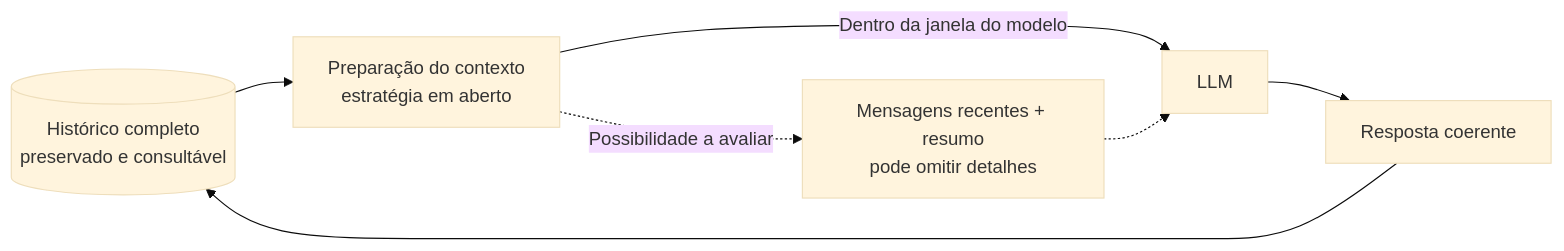
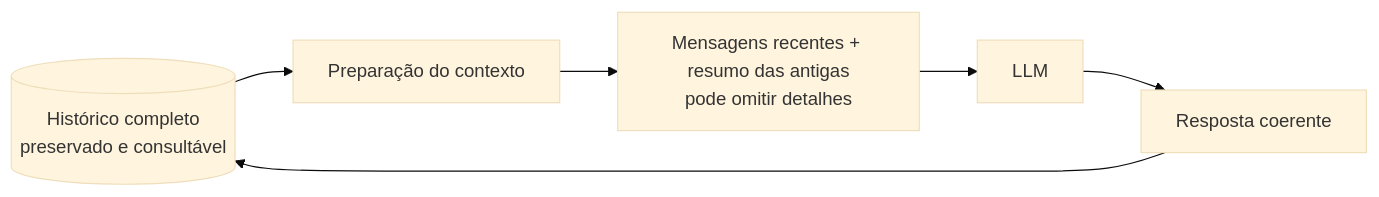
The sixth of 8 diagrams in elicitação dos requisitos.md (cocaioo/CHATBOT-TCA), drawn with Mermaid (base theme) before and after one commit. The commit also changed other lines of this file, not shown here.

````diff
--- a/elicitação dos requisitos.md
+++ b/elicitação dos requisitos.md
@@ -137,9 +170,8 @@
 ```mermaid
 flowchart LR
-    H[(Histórico completo<br/>preservado e consultável)] --> S[Preparação do contexto<br/>estratégia em aberto]
-    S -->|Dentro da janela do modelo| L[LLM]
-    S -.->|Possibilidade a avaliar| R[Mensagens recentes + resumo<br/>pode omitir detalhes]
-    R -.-> L
+    H[(Histórico completo<br/>preservado e consultável)] --> S[Preparação do contexto]
+    S --> R[Mensagens recentes + resumo das antigas<br/>pode omitir detalhes]
+    R --> L[LLM]
     L --> A[Resposta coerente]
     A --> H
 ```
````
